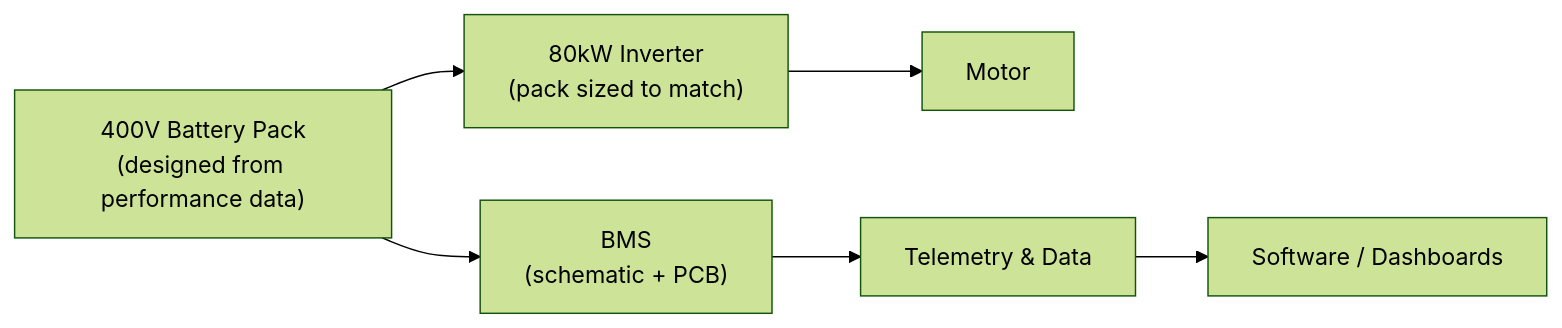
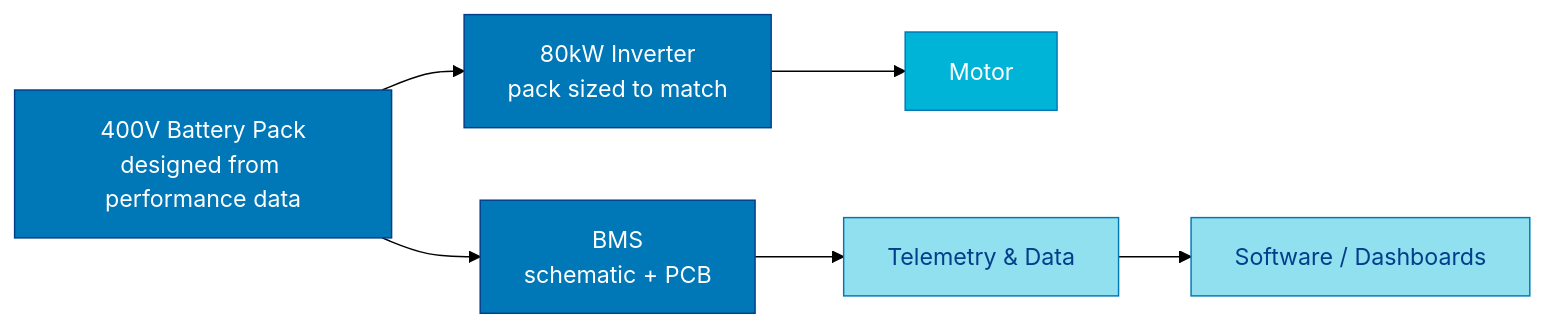
Before and after one commit to ArneCreate-Reyvan/ArneCreate-Reyvan: the diagram in README.md, drawn with Mermaid (forest theme). The commit also changed other lines of this file, not shown here.

````diff
--- a/README.md
+++ b/README.md
@@ -20,8 +26,12 @@
 ```mermaid
 flowchart LR
-    A["400V Battery Pack<br/>(designed from performance data)"] --> B["BMS<br/>(schematic + PCB)"]
-    A --> C["80kW Inverter<br/>(pack sized to match)"]
-    C --> D["Motor"]
-    B --> E["Telemetry & Data"]
-    E --> F["Software / Dashboards"]
+    A["400V Battery Pack<br/>designed from performance data"]:::hv --> B["BMS<br/>schematic + PCB"]:::hv
+    A --> C["80kW Inverter<br/>pack sized to match"]:::hv
+    C --> D["Motor"]:::hw
+    B --> E["Telemetry & Data"]:::sw
+    E --> F["Software / Dashboards"]:::sw
+
+    classDef hv fill:#0077B6,stroke:#023E8A,color:#ffffff;
+    classDef hw fill:#00B4D8,stroke:#0077B6,color:#ffffff;
+    classDef sw fill:#90E0EF,stroke:#0077B6,color:#023E8A;
 ```
````
